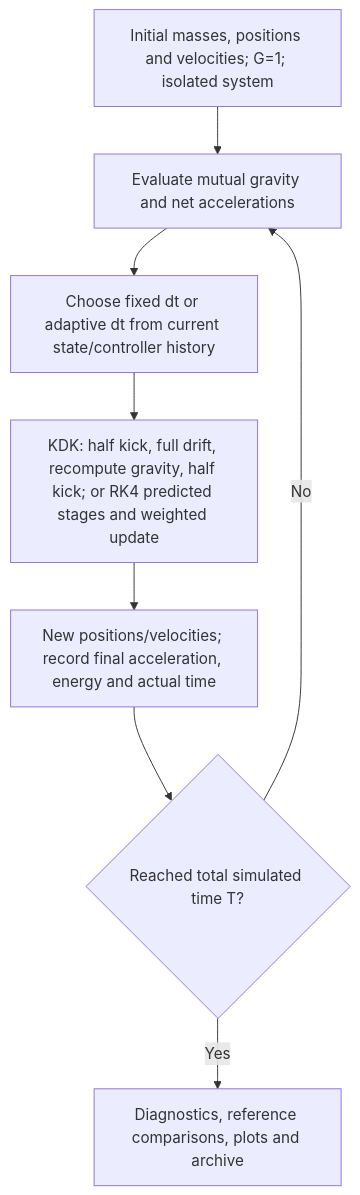
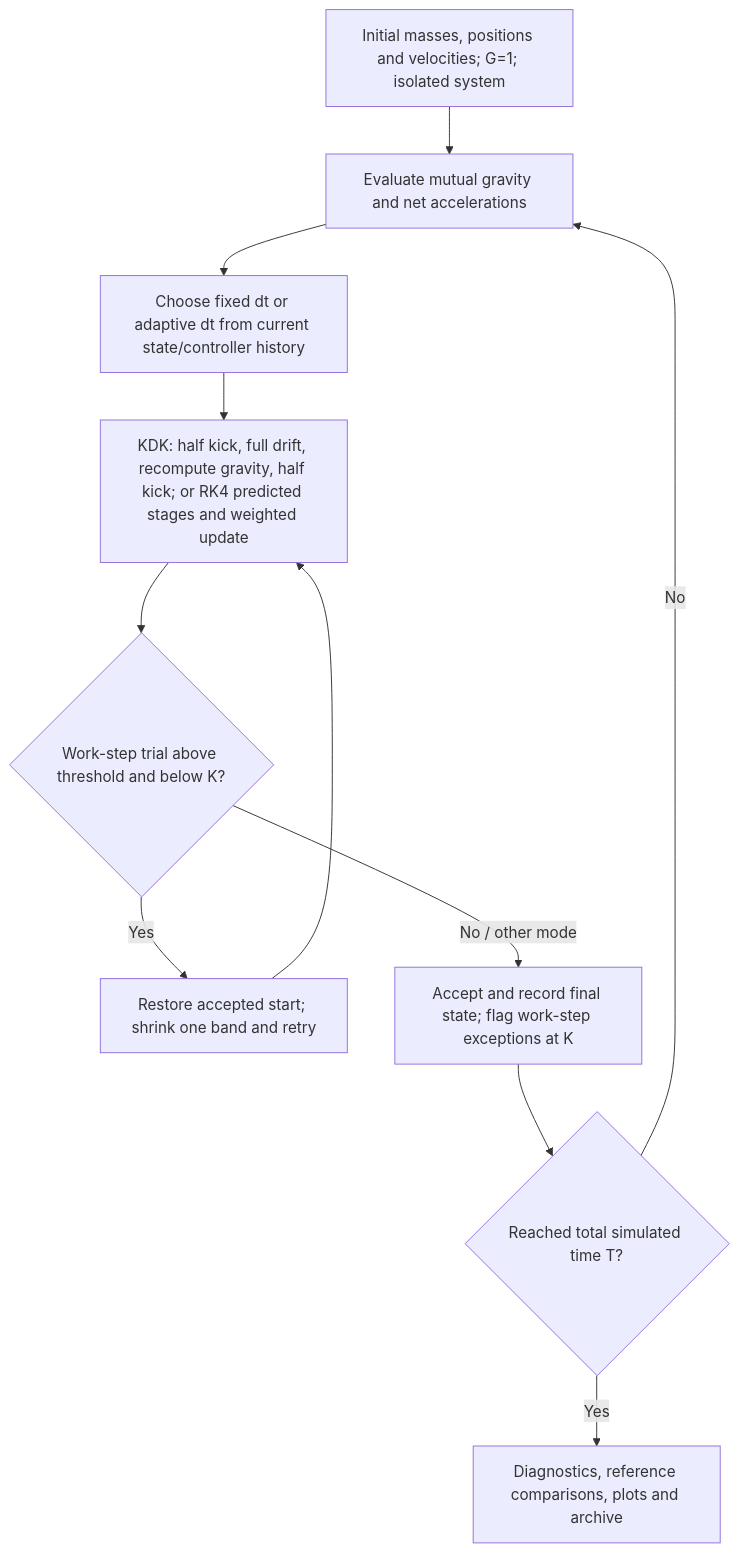
Before and after one commit to Charlie-Zhao-666/N-Body-Simulation: the diagram in README.md, drawn with Mermaid. The commit also changed other lines of this file and 8 other files, not shown here.

First line of the commit message:
Publish work-step adaptive controller and retire energy-ratio stepping

````diff
--- a/README.md
+++ b/README.md
@@ -167,10 +184,13 @@
 ```mermaid
 flowchart TD
     A["Initial masses, positions and velocities; G=1; isolated system"] --> B["Evaluate mutual gravity and net accelerations"]
     B --> C["Choose fixed dt or adaptive dt from current state/controller history"]
     C --> D["KDK: half kick, full drift, recompute gravity, half kick; or RK4 predicted stages and weighted update"]
-    D --> E["New positions/velocities; record final acceleration, energy and actual time"]
+    D --> H{"Work-step trial above threshold and below K?"}
+    H -- Yes --> I["Restore accepted start; shrink one band and retry"]
+    I --> D
+    H -- "No / other mode" --> E["Accept and record final state; flag work-step exceptions at K"]
     E --> F{"Reached total simulated time T?"}
     F -- No --> B
     F -- Yes --> G["Diagnostics, reference comparisons, plots and archive"]
 ```
````
